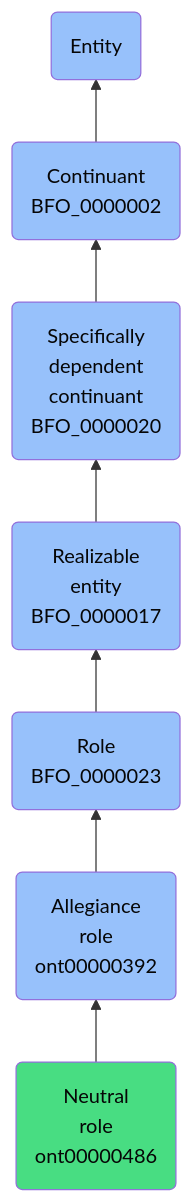
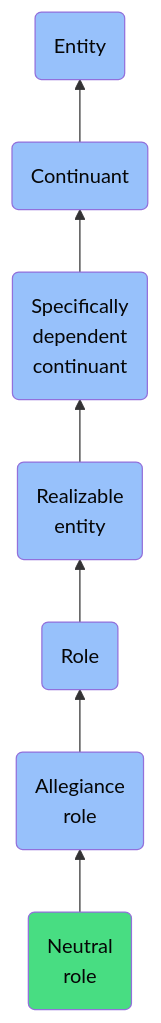
The diagram in docs/ontology/reference/model/Entity/Continuant/Specifically dependent continuant/Realizable entity/Role/Allegiance role/Neutral role/Neutral role.md (jupyter-naas/abi), drawn with Mermaid before and after one commit. The commit also changed other lines of this file and 1430 other files, not shown here.

````diff
--- a/docs/ontology/reference/model/Entity/Continuant/Specifically dependent continuant/Realizable entity/Role/Allegiance role/Neutral role/Neutral role.md
+++ b/docs/ontology/reference/model/Entity/Continuant/Specifically dependent continuant/Realizable entity/Role/Allegiance role/Neutral role/Neutral role.md
@@ -24,14 +24,14 @@
 ```mermaid
 graph BT
-    ont00000486(Neutral<br>role<br>ont00000486):::ABI-->ont00000392
-    ont00000392(Allegiance<br>role<br>ont00000392):::BFO-->BFO_0000023
-    BFO_0000023(Role<br>BFO_0000023):::BFO-->BFO_0000017
-    BFO_0000017(Realizable<br>entity<br>BFO_0000017):::BFO-->BFO_0000020
-    BFO_0000020(Specifically<br>dependent<br>continuant<br>BFO_0000020):::BFO-->BFO_0000002
-    BFO_0000002(Continuant<br>BFO_0000002):::BFO-->BFO_0000001
+    ont00000486(Neutral<br>role):::ABI-->ont00000392
+    ont00000392(Allegiance<br>role):::BFO-->BFO_0000023
+    BFO_0000023(Role):::BFO-->BFO_0000017
+    BFO_0000017(Realizable<br>entity):::BFO-->BFO_0000020
+    BFO_0000020(Specifically<br>dependent<br>continuant):::BFO-->BFO_0000002
+    BFO_0000002(Continuant):::BFO-->BFO_0000001
     BFO_0000001(Entity):::BFO
     
     classDef BFO fill:#97c1fb,color:#060606
     classDef CCO fill:#e4c51e,color:#060606
     classDef ABI fill:#48DD82,color:#060606
 ```
````
